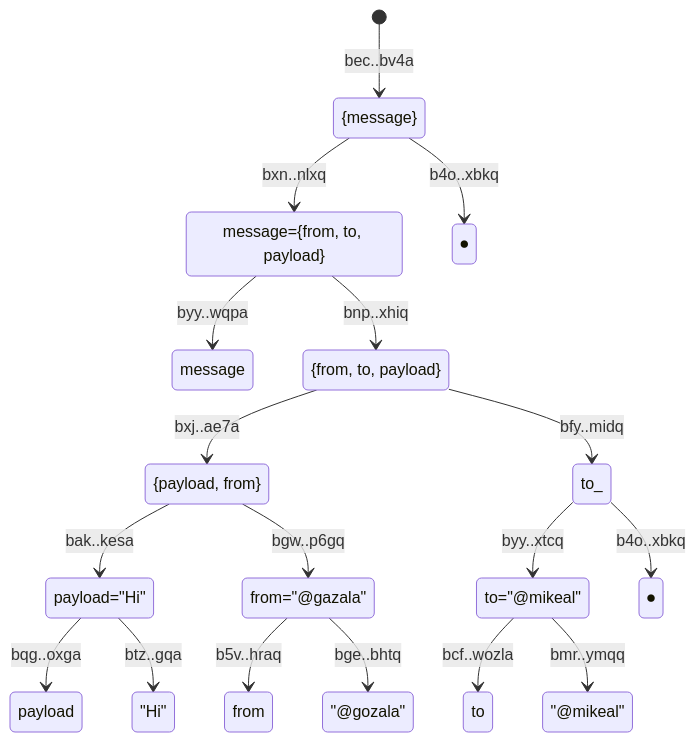
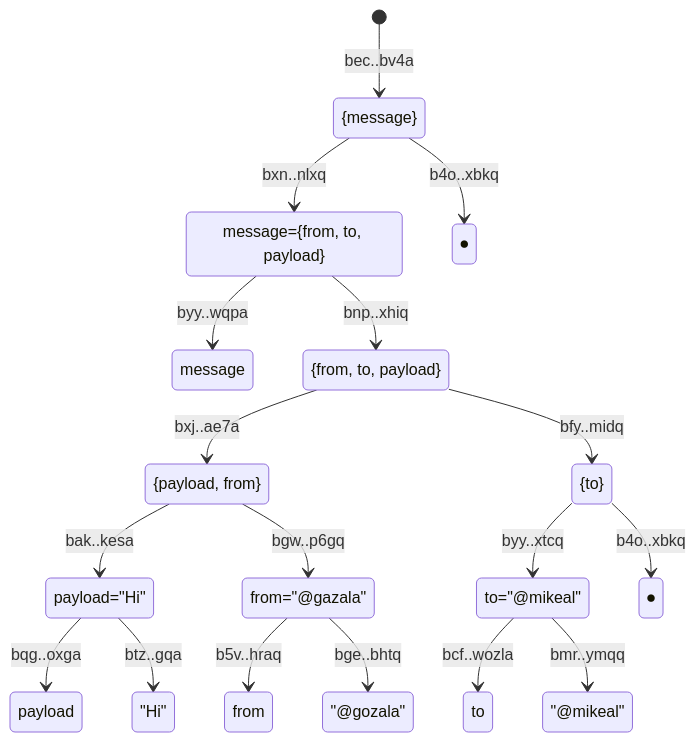
Before and after one commit to storacha/RFC: the third of 4 diagrams in rfc/merkle-structure.md, drawn with Mermaid. The commit also changed other lines of this file, not shown here.

Commit message:
fix: add missing labels

````diff
--- a/rfc/merkle-structure.md
+++ b/rfc/merkle-structure.md
@@ -187,43 +187,44 @@
 ```mermaid
 stateDiagram-v2
 [*] --> Root: bec..bv4a
 Root: {message}
 Root --> MSG: bxn..nlxq
 Root --> Root_: b4o..xbkq
 Root_: ⏺
 
 MSG: message={from, to, payload}
 MSG --> MSG_K: byy..wqpa
 MSG --> MSG_V: bnp..xhiq
 MSG_K: message
 MSG_V: {from, to, payload}
 MSG_V --> payload_from: bxj..ae7a
 payload_from: {payload, from}
 
 payload_from --> payload: bak..kesa
 payload_from --> from: bgw..p6gq
 from: from="@gazala"
 to_ --> to: byy..xtcq
+to_: {to}
 to: to="@mikeal"
 MSG_V --> to_: bfy..midq
 
 
 to_ --> _:  b4o..xbkq
 _: ⏺
 payload: payload="Hi"
 
 payload --> payload_k: bqg..oxga
 payload --> payload_v: btz..gqa
 payload_k: payload
 payload_v: "Hi"
 
 from --> from_k: b5v..hraq
 from_k: from
 from --> from_v: bge..bhtq
 from_v: "@gozala"
 
 to --> to_k: bcf..wozla
 to_k: to
 to --> to_v: bmr..ymqq
 to_v: "@mikeal"
 ```
````
